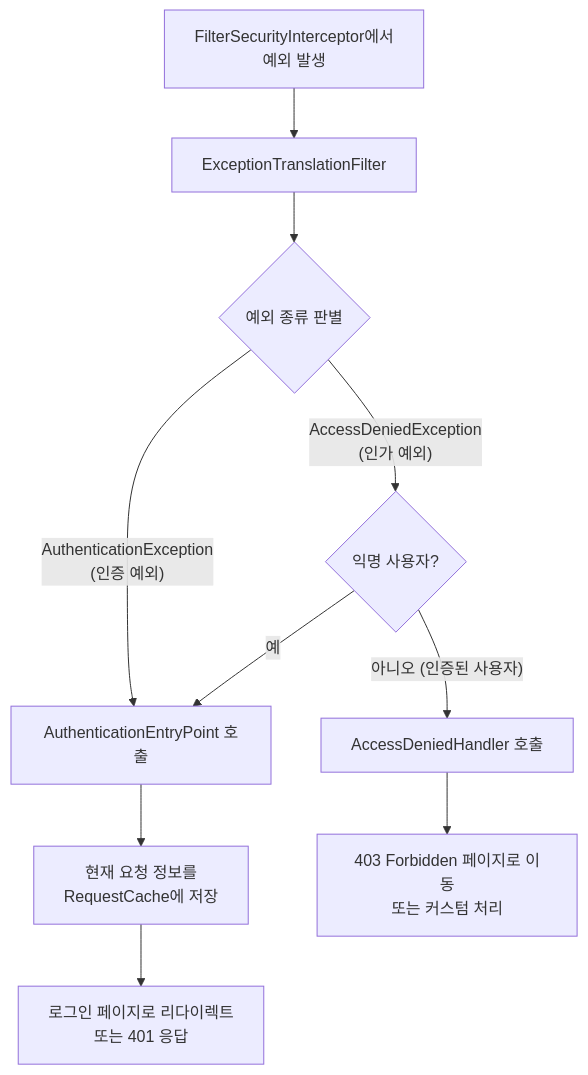
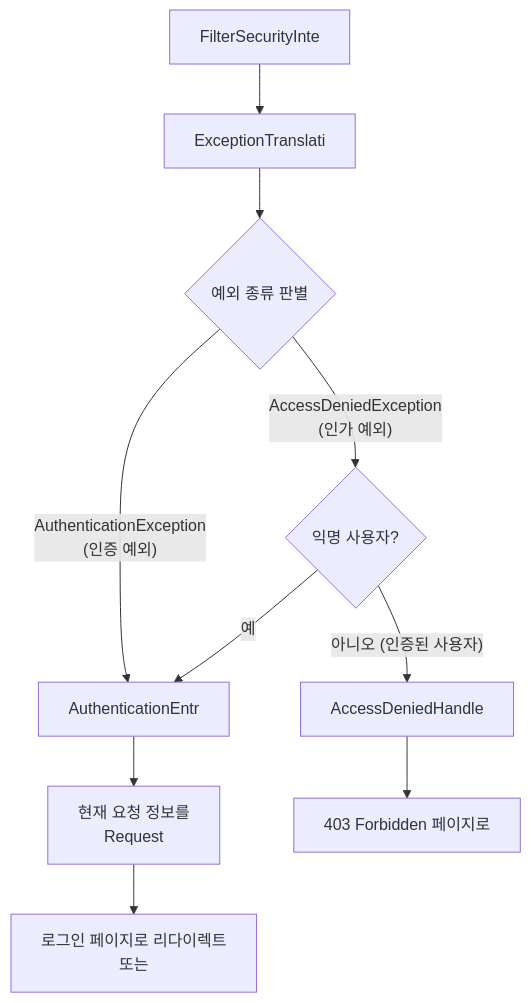
Before and after one commit to yjkim2015/yjkim2015.github.io: the first of 3 diagrams in _posts/security/2021-05-16-예외 처리 및 요청 캐시 필터.md, drawn with Mermaid. The commit also changed other lines of this file and 271 other files, not shown here.

First line of the commit message:
Mermaid 라벨 축소: 긴 노드 텍스트 18자 이하로 트림 + \n 제거

````diff
--- a/_posts/security/2021-05-16-예외 처리 및 요청 캐시 필터.md
+++ b/_posts/security/2021-05-16-예외 처리 및 요청 캐시 필터.md
@@ -22,12 +22,12 @@
 ```mermaid
 flowchart TD
-    A["FilterSecurityInterceptor에서\n예외 발생"] --> B["ExceptionTranslationFilter"]
+    A["FilterSecurityInte"] --> B["ExceptionTranslati"]
     B --> C{"예외 종류 판별"}
-    C -- "AuthenticationException\n(인증 예외)" --> D["AuthenticationEntryPoint 호출"]
+    C -- "AuthenticationException\n(인증 예외)" --> D["AuthenticationEntr"]
     C -- "AccessDeniedException\n(인가 예외)" --> E{"익명 사용자?"}
     E -- "예" --> D
-    E -- "아니오 (인증된 사용자)" --> F["AccessDeniedHandler 호출"]
-    D --> G["현재 요청 정보를\nRequestCache에 저장"]
-    G --> H["로그인 페이지로 리다이렉트\n또는 401 응답"]
-    F --> I["403 Forbidden 페이지로 이동\n또는 커스텀 처리"]
+    E -- "아니오 (인증된 사용자)" --> F["AccessDeniedHandle"]
+    D --> G["현재 요청 정보를\nRequest"]
+    G --> H["로그인 페이지로 리다이렉트\n또는"]
+    F --> I["403 Forbidden 페이지로"]
 ```
````
